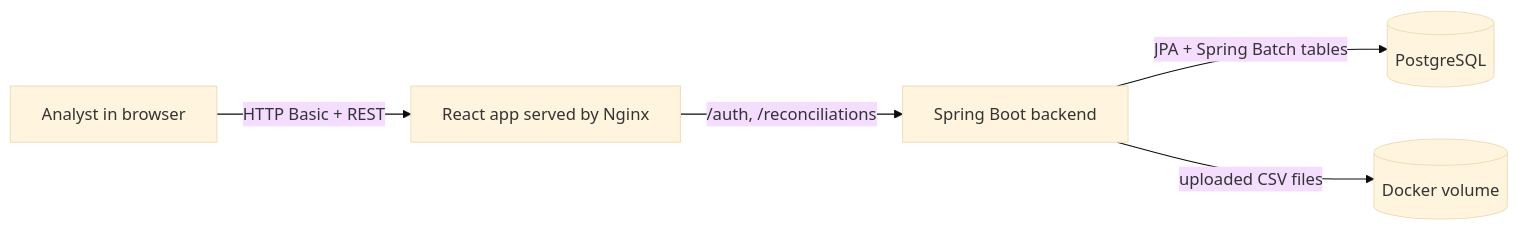
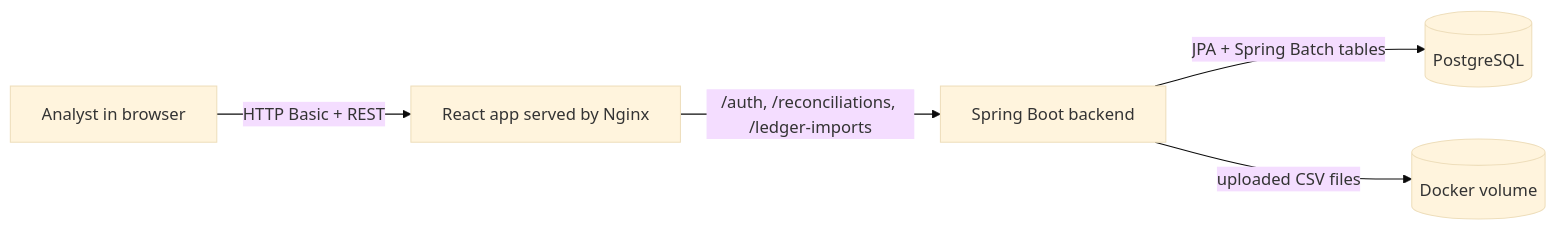
One commit to YashwardhanV/Balance-Trail changed the first of 5 diagrams in docs/ARCHITECTURE.md. Above: the diagram before and after it, drawn with Mermaid (base theme). The commit also changed other lines of this file and 122 other files, not shown here.

````diff
--- a/docs/ARCHITECTURE.md
+++ b/docs/ARCHITECTURE.md
@@ -5,7 +5,7 @@
 ```mermaid
 flowchart LR
     Analyst["Analyst in browser"] -->|"HTTP Basic + REST"| UI["React app served by Nginx"]
-    UI -->|"/auth, /reconciliations"| API["Spring Boot backend"]
+    UI -->|"/auth, /reconciliations, /ledger-imports"| API["Spring Boot backend"]
     API -->|"JPA + Spring Batch tables"| DB[("PostgreSQL")]
     API -->|"uploaded CSV files"| Files[("Docker volume")]
 ```
````
